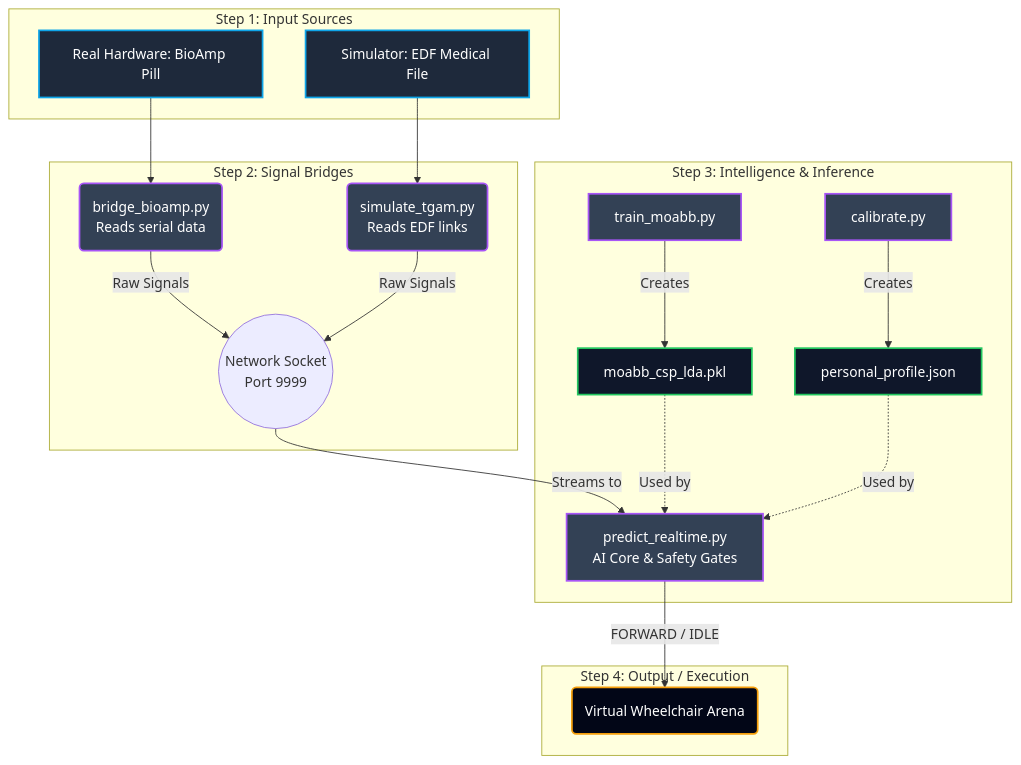
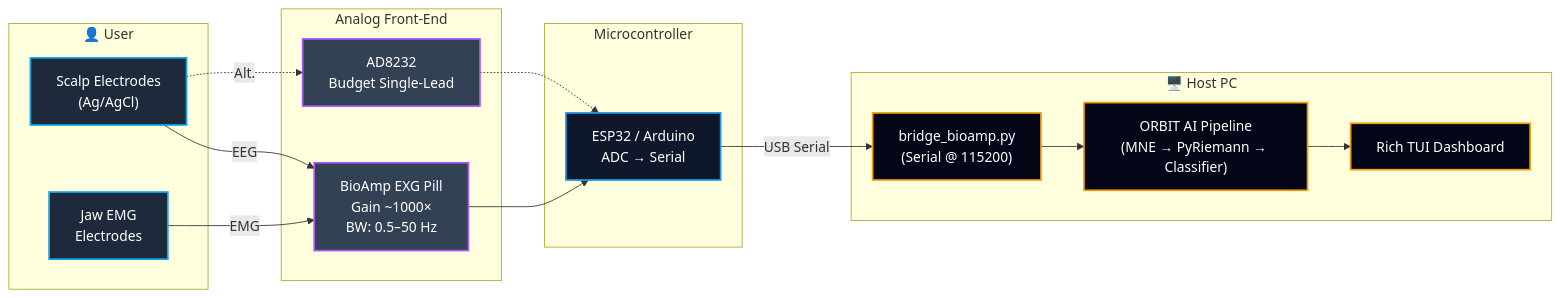
The third of 7 diagrams in visual_workflow.md (NAVEENKCG/Mind_Wave_AImodel), drawn with Mermaid before and after one commit. The commit also changed other lines of this file, not shown here.

Commit message:
docs: update visual_workflow.md with full v2.0 architecture diagrams

````diff
--- a/visual_workflow.md
+++ b/visual_workflow.md
@@ -7,50 +89,36 @@
 ```mermaid
-graph TD
-    %% Styling Classes
-    classDef hardware fill:#1e293b,stroke:#0ea5e9,stroke-width:2px,color:#fff
-    classDef script fill:#334155,stroke:#a855f7,stroke-width:2px,color:#fff
-    classDef model fill:#0f172a,stroke:#22c55e,stroke-width:2px,color:#fff
-    classDef ui fill:#020617,stroke:#f59e0b,stroke-width:2px,color:#fff
+flowchart LR
+    classDef hw fill:#1e293b,stroke:#0ea5e9,stroke-width:2px,color:#fff
+    classDef afe fill:#334155,stroke:#a855f7,stroke-width:2px,color:#fff
+    classDef mcu fill:#0f172a,stroke:#2196f3,stroke-width:2px,color:#fff
+    classDef host fill:#020617,stroke:#f59e0b,stroke-width:2px,color:#fff
 
-    subgraph Step 1: Input Sources
-        BIO[Real Hardware: BioAmp Pill]:::hardware
-        SIM[Simulator: EDF Medical File]:::hardware
+    subgraph USER["👤 User"]
+        SCALP["Scalp Electrodes<br/>(Ag/AgCl)"]:::hw
+        JAW["Jaw EMG<br/>Electrodes"]:::hw
     end
 
-    subgraph Step 2: Signal Bridges
-        B_BIO(bridge_bioamp.py<br/>Reads serial data)
-        B_SIM(simulate_tgam.py<br/>Reads EDF links)
-        TCP((Network Socket<br/>Port 9999))
-        
-        BIO --> B_BIO
-        SIM --> B_SIM
-        B_BIO -->|Raw Signals| TCP
-        B_SIM -->|Raw Signals| TCP
+    subgraph AFE["Analog Front-End"]
+        BIOAMP["BioAmp EXG Pill<br/>Gain ~1000×<br/>BW: 0.5–50 Hz"]:::afe
+        AD8232["AD8232<br/>Budget Single-Lead"]:::afe
     end
 
-    subgraph Step 3: Intelligence & Inference
-        TRAIN[train_moabb.py]:::script
-        CAL[calibrate.py]:::script
-        PREDICT[predict_realtime.py<br/>AI Core & Safety Gates]:::script
-        MODEL[moabb_csp_lda.pkl]:::model
-        PROF[personal_profile.json]:::model
-        
-        TRAIN -->|Creates| MODEL
-        CAL -->|Creates| PROF
-        
-        TCP -->|Streams to| PREDICT
-        MODEL -.->|Used by| PREDICT
-        PROF -.->|Used by| PREDICT
+    subgraph MCU["Microcontroller"]
+        ESP["ESP32 / Arduino<br/>ADC → Serial"]:::mcu
     end
 
-    subgraph Step 4: Output / Execution
-        ARENA(Virtual Wheelchair Arena):::ui
-        PREDICT -->|FORWARD / IDLE| ARENA
+    subgraph HOST["🖥️ Host PC"]
+        BRIDGE["bridge_bioamp.py<br/>(Serial @ 115200)"]:::host
+        PIPELINE["ORBIT AI Pipeline<br/>(MNE → PyRiemann → Classifier)"]:::host
+        DASHBOARD["Rich TUI Dashboard"]:::host
     end
 
-    %% Class Attachments
-    class BIO,SIM hardware
-    class B_BIO,B_SIM,TRAIN,CAL,PREDICT script
-    class MODEL,PROF model
-    class ARENA ui
+    SCALP -->|EEG| BIOAMP
+    JAW -->|EMG| BIOAMP
+    SCALP -.->|Alt.| AD8232
+    BIOAMP --> ESP
+    AD8232 -.-> ESP
+    ESP -->|USB Serial| BRIDGE
+    BRIDGE --> PIPELINE
+    PIPELINE --> DASHBOARD
 ```
````
